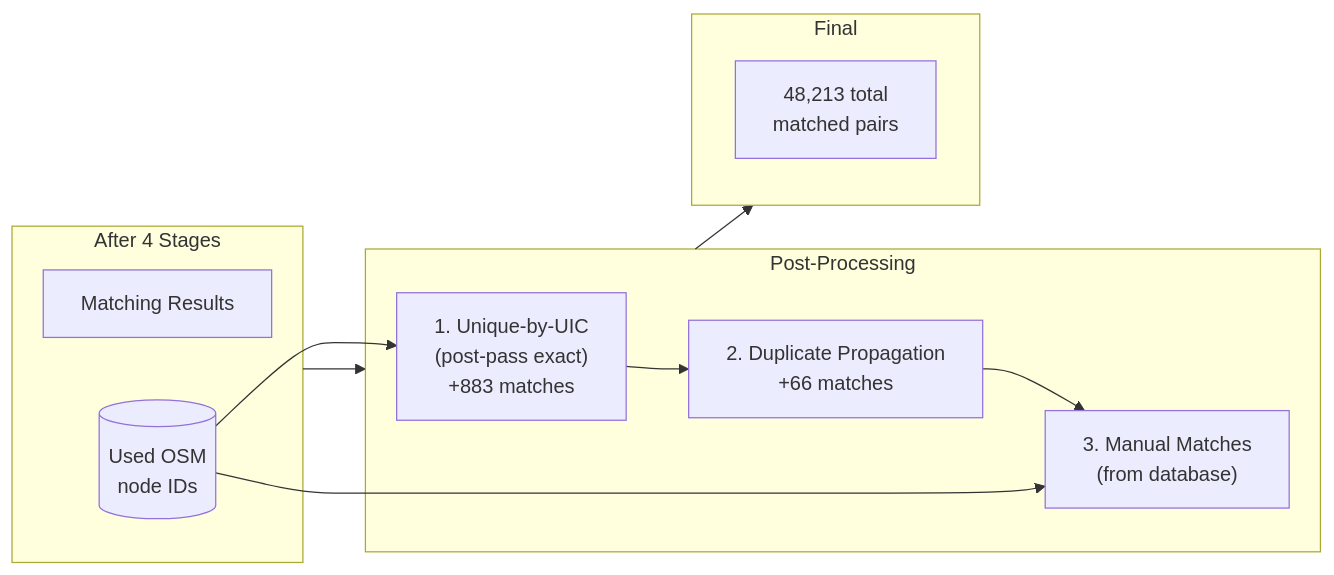
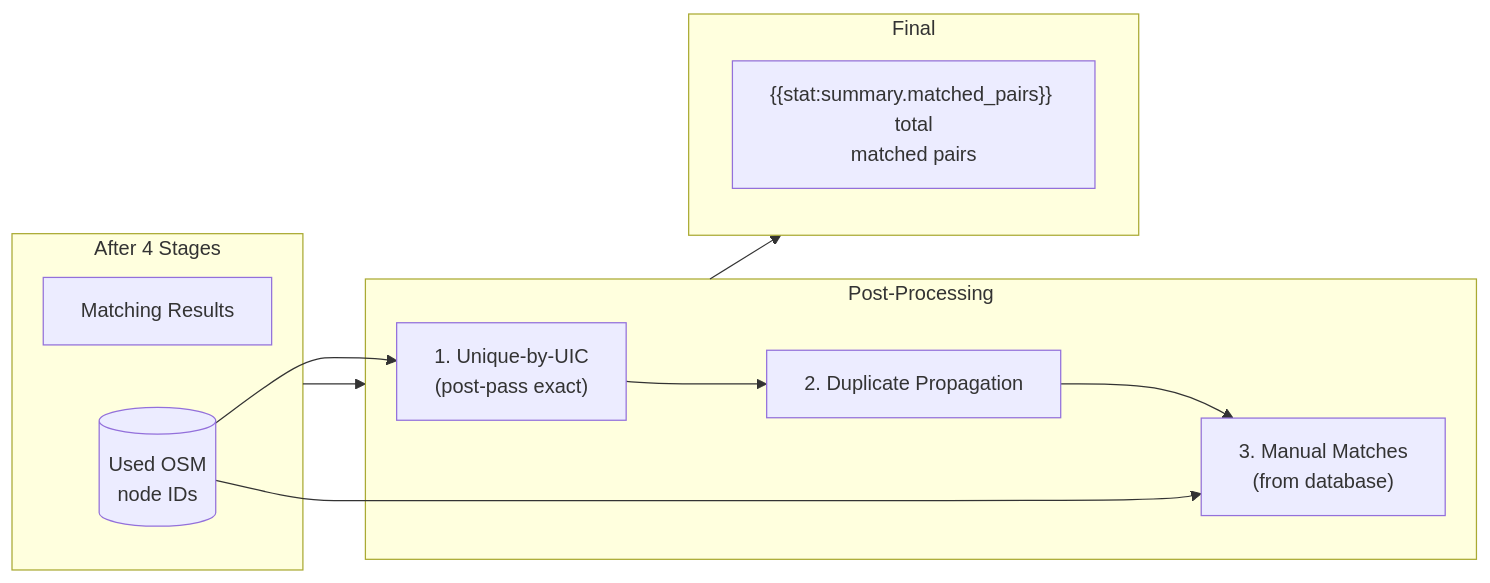
The diagram in documentation/2.5 Post-processing.md (openTdataCH/stop_sync_osm_atlas), drawn with Mermaid before and after one commit. The commit also changed other lines of this file and 6 other files, not shown here.

````diff
--- a/documentation/2.5 Post-processing.md
+++ b/documentation/2.5 Post-processing.md
@@ -5,22 +5,22 @@
 ```mermaid
 flowchart LR
     subgraph Input["After 4 Stages"]
         I[Matching Results]
         U[("Used OSM<br/>node IDs")]
     end
     
     subgraph Post["Post-Processing"]
-        P1["1. Unique-by-UIC<br/>(post-pass exact)<br/>+883 matches"]
-        P2["2. Duplicate Propagation<br/>+66 matches"]
+        P1["1. Unique-by-UIC<br/>(post-pass exact)"]
+        P2["2. Duplicate Propagation"]
         P3["3. Manual Matches<br/>(from database)"]
         P1 --> P2 --> P3
     end
     
     subgraph Output["Final"]
-        O["48,213 total<br/>matched pairs"]
+        O["{{stat:summary.matched_pairs}} total<br/>matched pairs"]
     end
     
     Input --> Post --> Output
     U --> P1
     U --> P3
 ```
````
